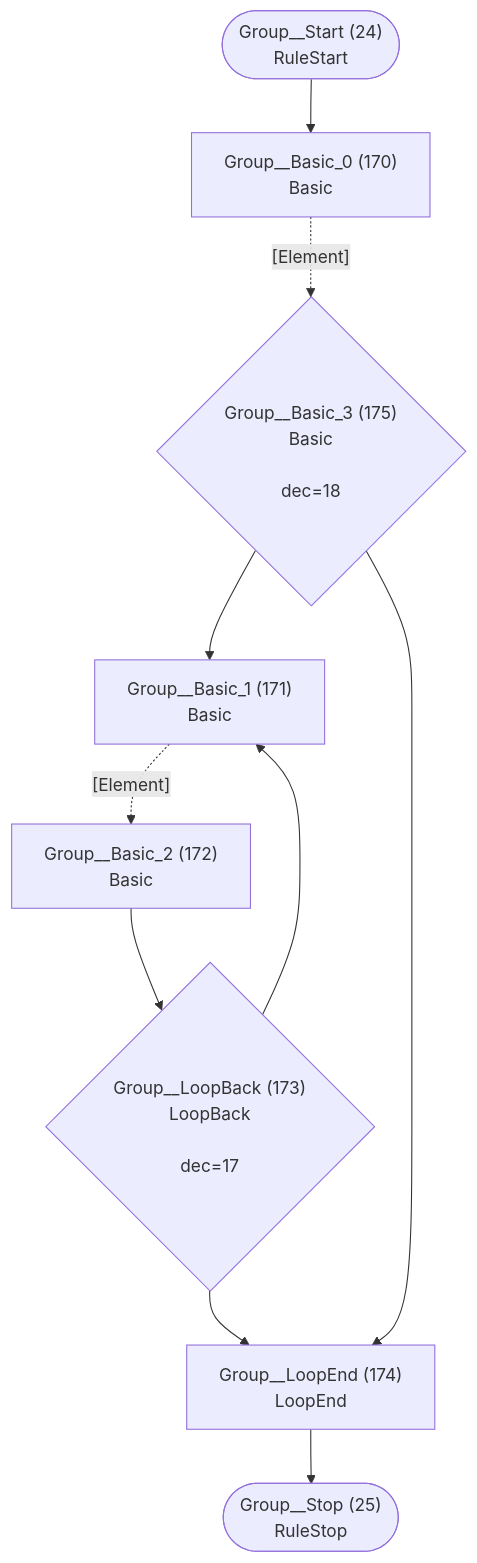
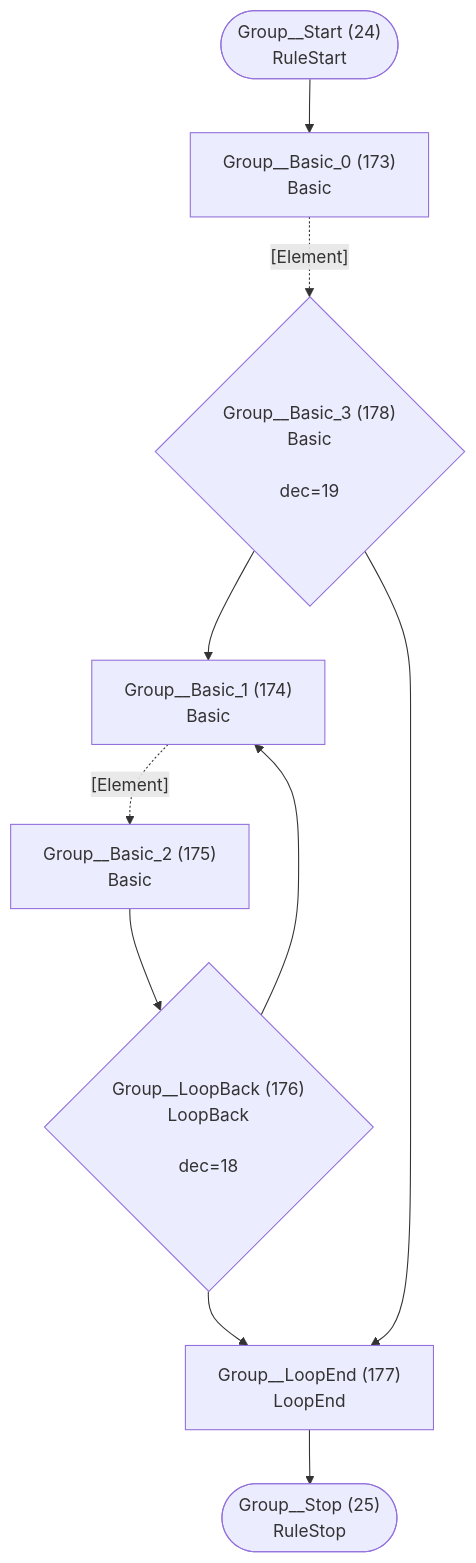
One commit to TypeFox/fastbelt changed diagram 13 of 26 in internal/grammar/atn.md. Above: the diagram before and after it, drawn with Mermaid. The commit also changed other lines of this file and 16 other files, not shown here.

````diff
--- a/internal/grammar/atn.md
+++ b/internal/grammar/atn.md
@@ -385,21 +392,21 @@
 ```mermaid
 flowchart TD
     q24(["Group__Start (24)<br/>RuleStart"])
     q25(["Group__Stop (25)<br/>RuleStop"])
-    q170["Group__Basic_0 (170)<br/>Basic<br/>"]
-    q171["Group__Basic_1 (171)<br/>Basic<br/>"]
-    q172["Group__Basic_2 (172)<br/>Basic<br/>"]
-    q173{"Group__LoopBack (173)<br/>LoopBack<br/><br/>dec=17"}
-    q174["Group__LoopEnd (174)<br/>LoopEnd<br/>"]
-    q175{"Group__Basic_3 (175)<br/>Basic<br/><br/>dec=18"}
+    q173["Group__Basic_0 (173)<br/>Basic<br/>"]
+    q174["Group__Basic_1 (174)<br/>Basic<br/>"]
+    q175["Group__Basic_2 (175)<br/>Basic<br/>"]
+    q176{"Group__LoopBack (176)<br/>LoopBack<br/><br/>dec=18"}
+    q177["Group__LoopEnd (177)<br/>LoopEnd<br/>"]
+    q178{"Group__Basic_3 (178)<br/>Basic<br/><br/>dec=19"}
 
-    q24 --> q170
-    q170 -.->|"[Element]"| q175
-    q171 -.->|"[Element]"| q172
-    q172 --> q173
-    q173 --> q171
-    q173 --> q174
-    q174 --> q25
-    q175 --> q171
-    q175 --> q174
+    q24 --> q173
+    q173 -.->|"[Element]"| q178
+    q174 -.->|"[Element]"| q175
+    q175 --> q176
+    q176 --> q174
+    q176 --> q177
+    q177 --> q25
+    q178 --> q174
+    q178 --> q177
 ```
````
